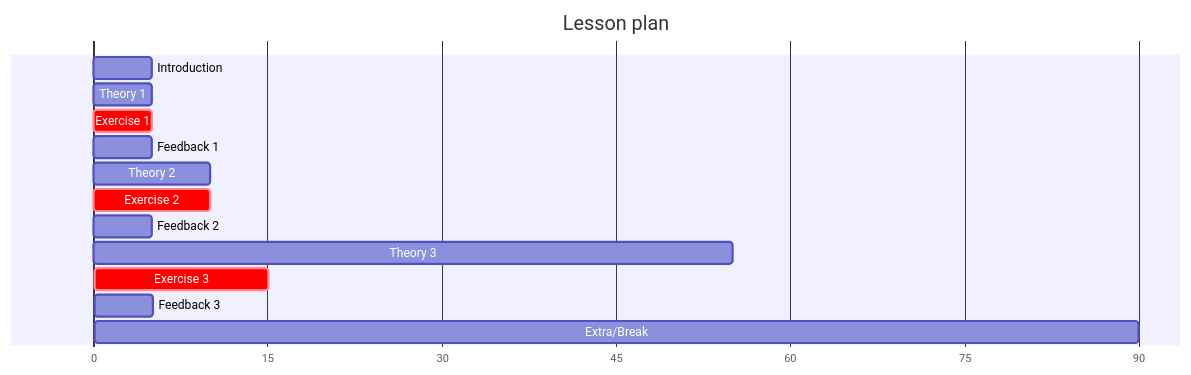
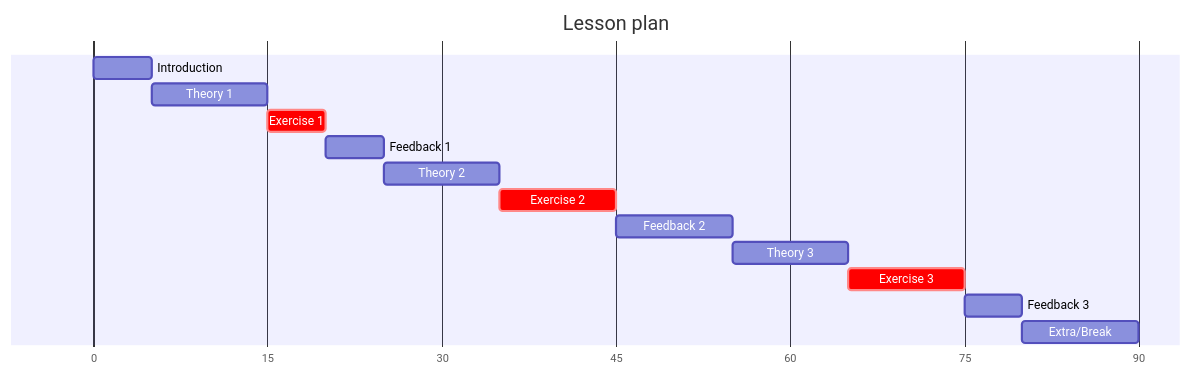
One commit to richelbilderbeek/lesson_mermaid changed the first of 7 diagrams in README.md. Above: the diagram before and after it, drawn with Mermaid. The commit also changed 2 other files, not shown here.

Commit message:
Add reflection

````diff
--- a/README.md
+++ b/README.md
@@ -18,18 +18,17 @@
 ```mermaid
-
 gantt
   title Lesson plan
   dateFormat X
   axisFormat %s
-  Introduction : 0, 5s
-  Theory 1: 5, 5s
-  Exercise 1: crit, 10, 5s
-  Feedback 1: 15, 5s
-  Theory 2: 20, 10s
-  Exercise 2: crit, 30, 10s
-  Feedback 2: 40, 5s
-  Theory 3: 45,55
-  Exercise 3: crit, 55,15s
-  Feedback 3: 70,5s
-  Extra/Break: 75,90
+  Introduction : intro, 0, 5s
+  Theory 1: theory_1, after intro, 10s
+  Exercise 1: crit, exercise_1, after theory_1, 5s
+  Feedback 1: feedback_1, after exercise_1, 5s
+  Theory 2: theory_2, after feedback_1, 10s
+  Exercise 2: crit, exercise_2, after theory_2, 10s
+  Feedback 2: feedback_2, after exercise_2, 10s
+  Theory 3: theory_3, after feedback_2, 10s
+  Exercise 3: crit, exercise_3, after theory_3, 10s
+  Feedback 3: feedback_3, after exercise_3, 5s
+  Extra/Break: after feedback_3, 10s
 ```
````
